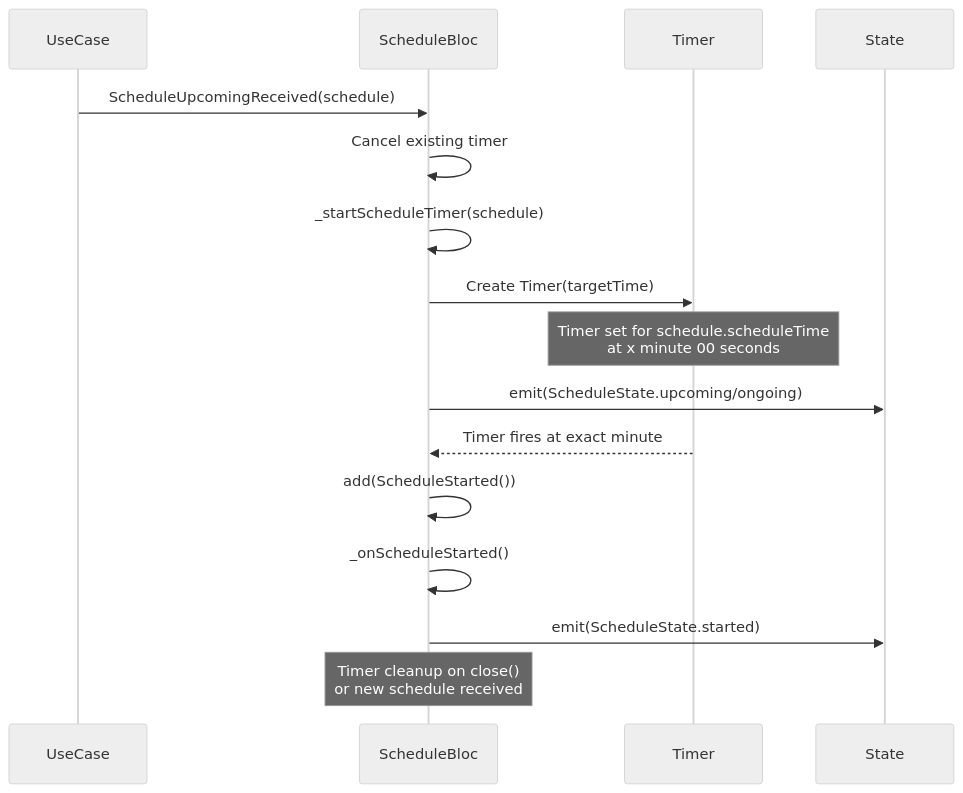
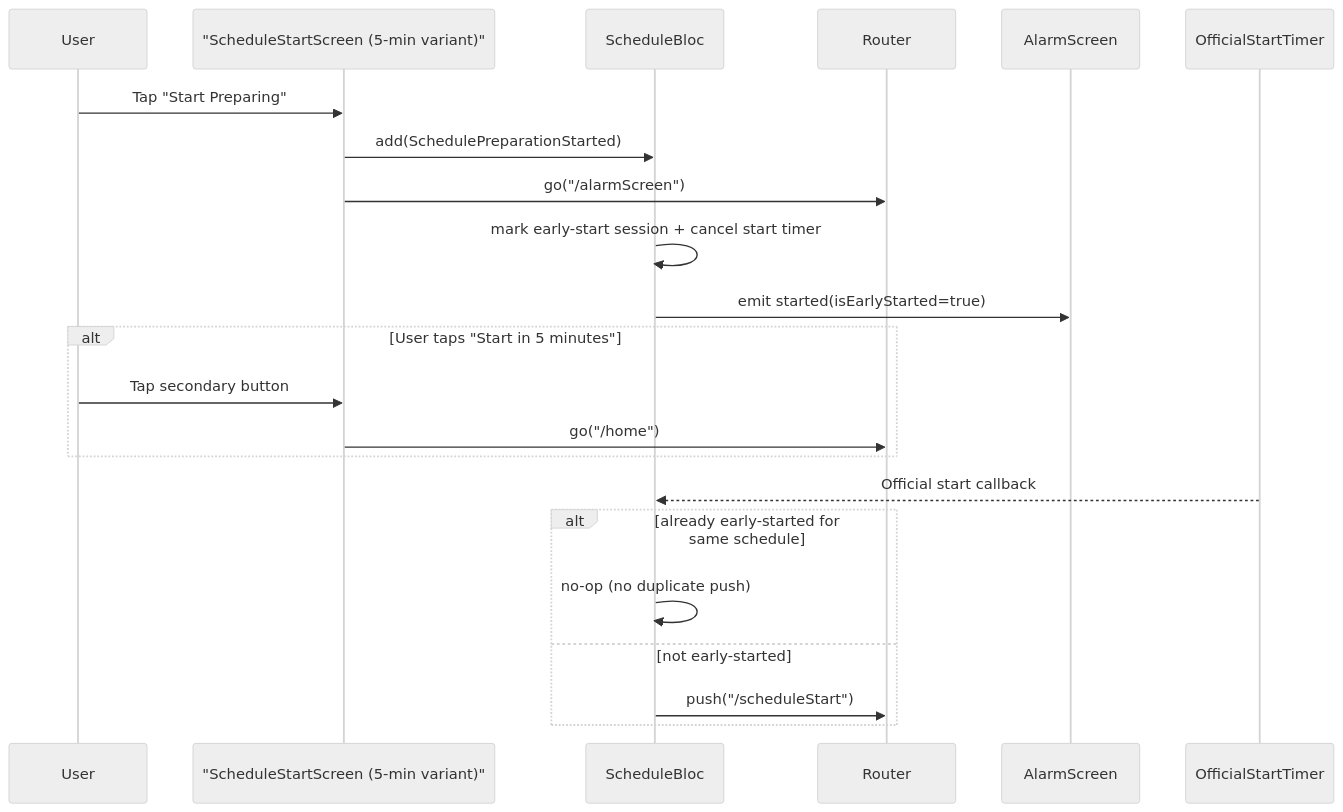
Before and after one commit to DevKor-github/OnTime-front: the second of 3 diagrams in docs/Schedule-Timer-System.md, drawn with Mermaid (neutral theme). The commit also changed other lines of this file and 2 other files, not shown here.

First line of the commit message:
doc: update documentation for Schedule Timer & Preparation Runtime Flow (v2)

````diff
--- a/docs/Schedule-Timer-System.md
+++ b/docs/Schedule-Timer-System.md
@@ -16,21 +99,27 @@
 ```mermaid
 sequenceDiagram
-    participant UC as UseCase
-    participant SB as ScheduleBloc
-    participant Timer as Timer
-    participant State as State
+    participant User
+    participant Start as "ScheduleStartScreen (5-min variant)"
+    participant Bloc as ScheduleBloc
+    participant Router
+    participant Alarm as AlarmScreen
+    participant Timer as OfficialStartTimer
 
-    UC->>SB: ScheduleUpcomingReceived(schedule)
-    SB->>SB: Cancel existing timer
-    SB->>SB: _startScheduleTimer(schedule)
-    SB->>Timer: Create Timer(targetTime)
-    Note over Timer: Timer set for schedule.scheduleTime<br/>at x minute 00 seconds
-    SB->>State: emit(ScheduleState.upcoming/ongoing)
+    User->>Start: Tap "Start Preparing"
+    Start->>Bloc: add(SchedulePreparationStarted)
+    Start->>Router: go("/alarmScreen")
+    Bloc->>Bloc: mark early-start session + cancel start timer
+    Bloc->>Alarm: emit started(isEarlyStarted=true)
 
-    Timer-->>SB: Timer fires at exact minute
-    SB->>SB: add(ScheduleStarted())
-    SB->>SB: _onScheduleStarted()
-    SB->>State: emit(ScheduleState.started)
+    alt User taps "Start in 5 minutes"
+        User->>Start: Tap secondary button
+        Start->>Router: go("/home")
+    end
 
-    Note over SB: Timer cleanup on close()<br/>or new schedule received
+    Timer-->>Bloc: Official start callback
+    alt already early-started for same schedule
+        Bloc->>Bloc: no-op (no duplicate push)
+    else not early-started
+        Bloc->>Router: push("/scheduleStart")
+    end
 ```
````
